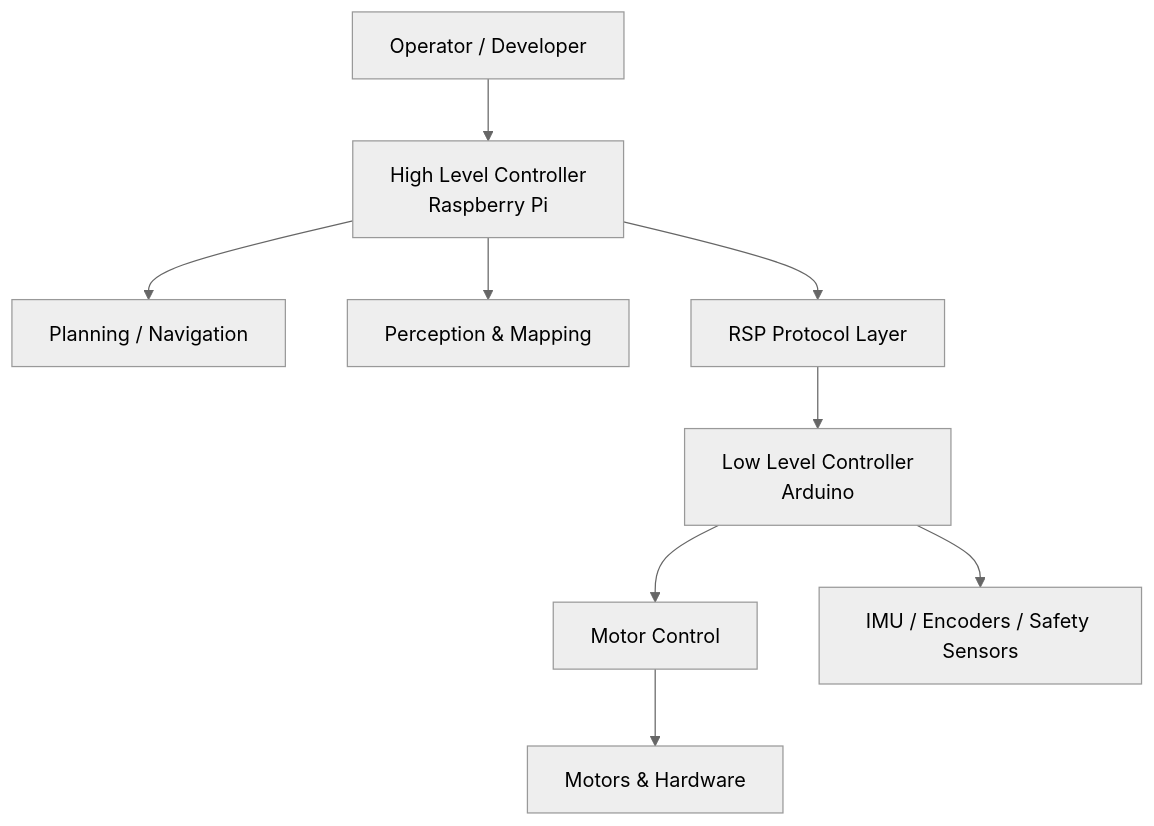
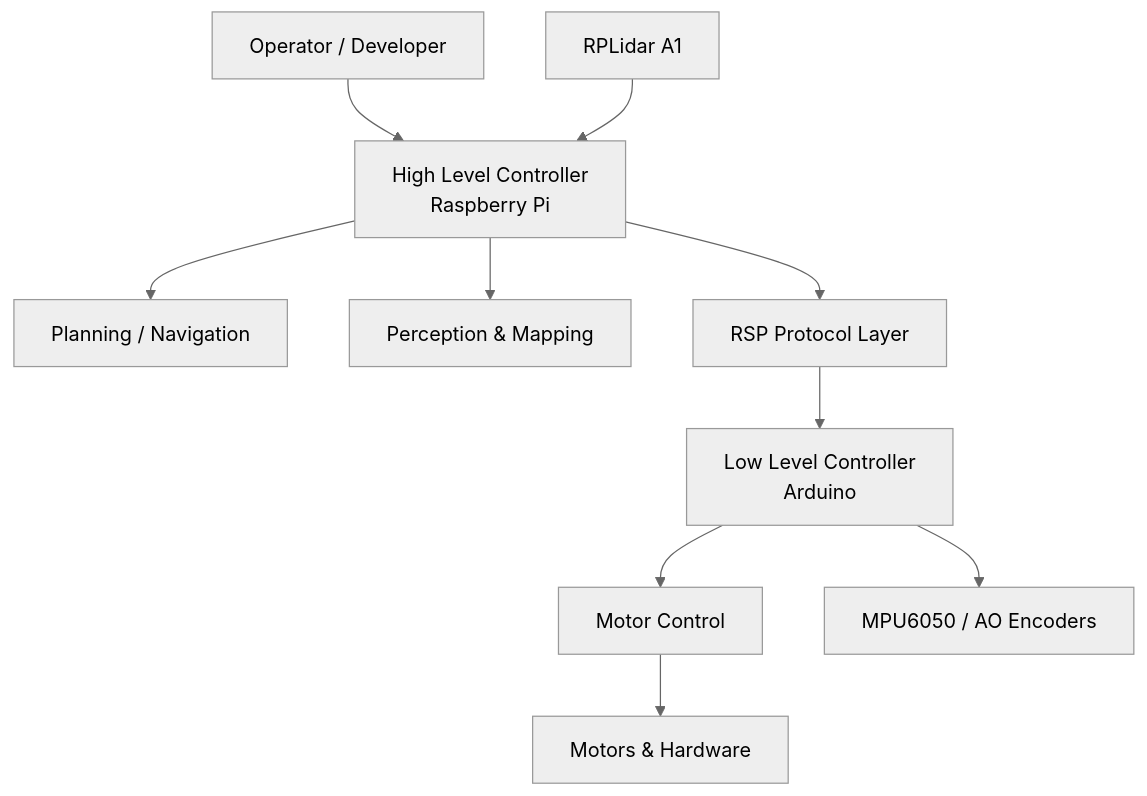
Before and after one commit to ismacarbo/Autonomus-Agent: the first of 5 diagrams in documentation/Robot_Architecture_Overview.md, drawn with Mermaid (neutral theme). The commit also changed other lines of this file and 20 other files, not shown here.

````diff
--- a/documentation/Robot_Architecture_Overview.md
+++ b/documentation/Robot_Architecture_Overview.md
@@ -19,28 +19,30 @@
 ```mermaid
 graph TD
 
 User[Operator / Developer]
 
 Host[High Level Controller<br>Raspberry Pi]
 Planner[Planning / Navigation]
 Perception[Perception & Mapping]
 Protocol[RSP Protocol Layer]
 
 MCU[Low Level Controller<br>Arduino]
 MotorCtrl[Motor Control]
-Sensors[IMU / Encoders / Safety Sensors]
+Sensors[MPU6050 / AO Encoders]
+Lidar[RPLidar A1]
 
 Hardware[Motors & Hardware]
 
 User --> Host
 Host --> Planner
 Host --> Perception
 Host --> Protocol
+Lidar --> Host
 
 Protocol --> MCU
 
 MCU --> MotorCtrl
 MCU --> Sensors
 
 MotorCtrl --> Hardware
 ```
````
